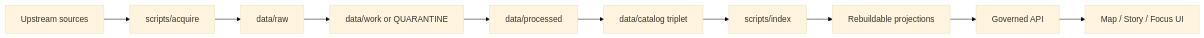
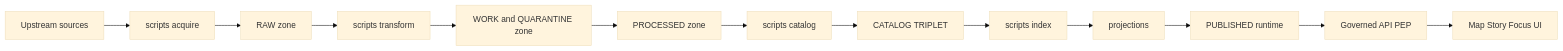
The first of 2 diagrams in scripts/README.md (bartytime4life/Kansas-Frontier-Matrix), drawn with Mermaid (base theme) before and after one commit. The commit also changed other lines of this file, not shown here.

````diff
--- a/scripts/README.md
+++ b/scripts/README.md
@@ -73,12 +100,15 @@
 ```mermaid
 flowchart LR
-  A[Upstream sources] --> B[scripts/acquire]
-  B --> C[data/raw]
-  C --> D[data/work or QUARANTINE]
-  D --> E[data/processed]
-  E --> F[data/catalog triplet]
-  F --> G[scripts/index]
-  G --> H[Rebuildable projections]
-  H --> I[Governed API]
-  I --> J[Map / Story / Focus UI]
+  U[Upstream sources] --> A[scripts acquire]
+  A --> R[RAW zone]
+  R --> T[scripts transform]
+  T --> W[WORK and QUARANTINE zone]
+  W --> P[PROCESSED zone]
+  P --> C[scripts catalog]
+  C --> K[CATALOG TRIPLET]
+  K --> I[scripts index]
+  I --> X[projections]
+  X --> S[PUBLISHED runtime]
+  S --> API[Governed API PEP]
+  API --> UI[Map Story Focus UI]
 ```
````
